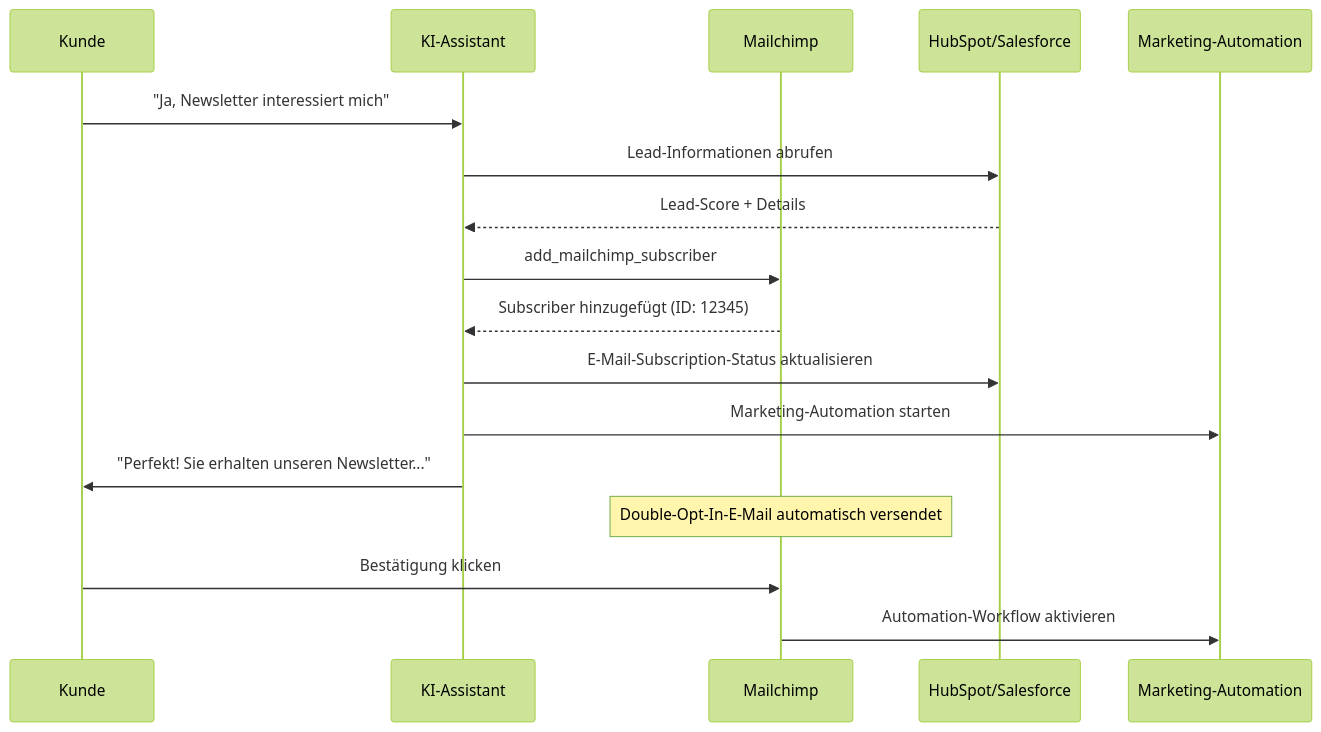
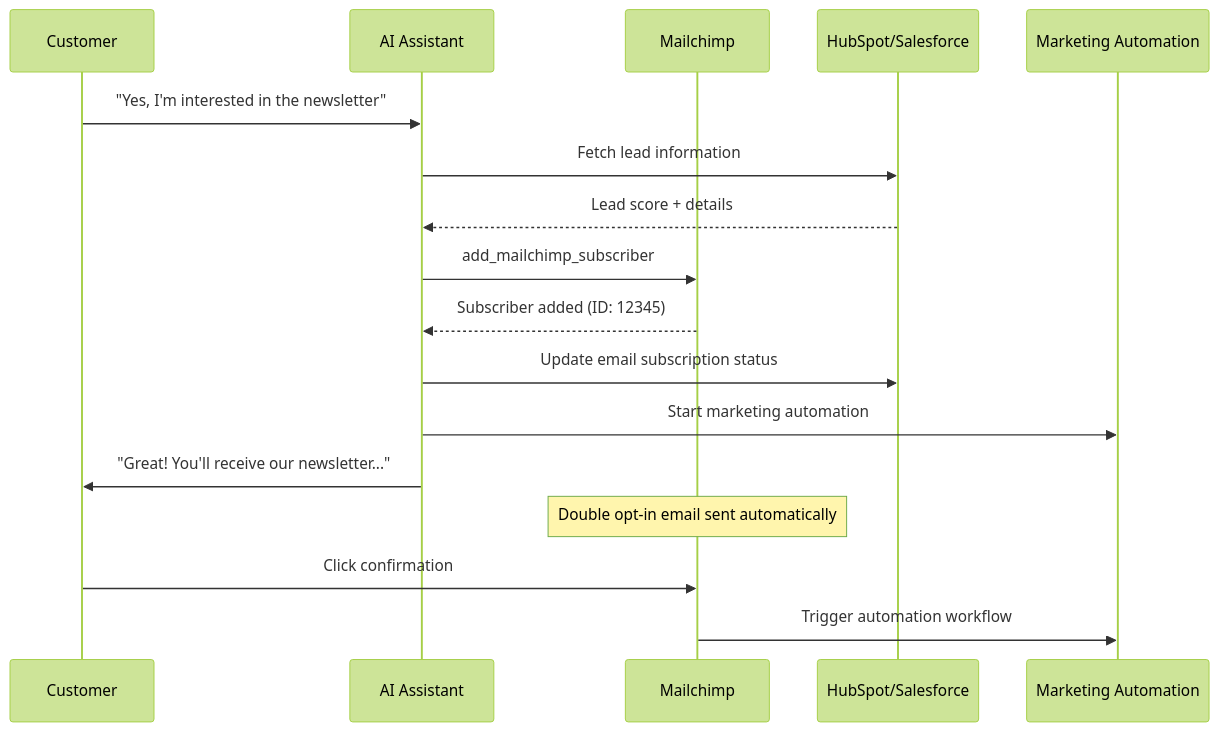
The second of 2 diagrams in en/automation-platform/mid-call-tools/integration-templates/mailchimp-integration.mdx (bekgroup/Famulor-docs-de), drawn with Mermaid (forest theme) before and after one commit. The commit also changed other lines of this file and 7 other files, not shown here.

````diff
--- a/en/automation-platform/mid-call-tools/integration-templates/mailchimp-integration.mdx
+++ b/en/automation-platform/mid-call-tools/integration-templates/mailchimp-integration.mdx
@@ -465,21 +463,21 @@
 ```mermaid
 sequenceDiagram
-    participant C as Kunde
-    participant AI as KI-Assistant
+    participant C as Customer
+    participant AI as AI Assistant
     participant MC as Mailchimp
     participant CRM as HubSpot/Salesforce
-    participant MA as Marketing-Automation
+    participant MA as Marketing Automation
     
-    C->>AI: "Ja, Newsletter interessiert mich"
-    AI->>CRM: Lead-Informationen abrufen
-    CRM-->>AI: Lead-Score + Details
+    C->>AI: "Yes, I'm interested in the newsletter"
+    AI->>CRM: Fetch lead information
+    CRM-->>AI: Lead score + details
     AI->>MC: add_mailchimp_subscriber
-    MC-->>AI: Subscriber hinzugefügt (ID: 12345)
-    AI->>CRM: E-Mail-Subscription-Status aktualisieren
-    AI->>MA: Marketing-Automation starten
-    AI->>C: "Perfekt! Sie erhalten unseren Newsletter..."
+    MC-->>AI: Subscriber added (ID: 12345)
+    AI->>CRM: Update email subscription status
+    AI->>MA: Start marketing automation
+    AI->>C: "Great! You'll receive our newsletter..."
     
-    Note over MC: Double-Opt-In-E-Mail automatisch versendet
-    C->>MC: Bestätigung klicken
-    MC->>MA: Automation-Workflow aktivieren
+    Note over MC: Double opt-in email sent automatically
+    C->>MC: Click confirmation
+    MC->>MA: Trigger automation workflow
 ```
````
